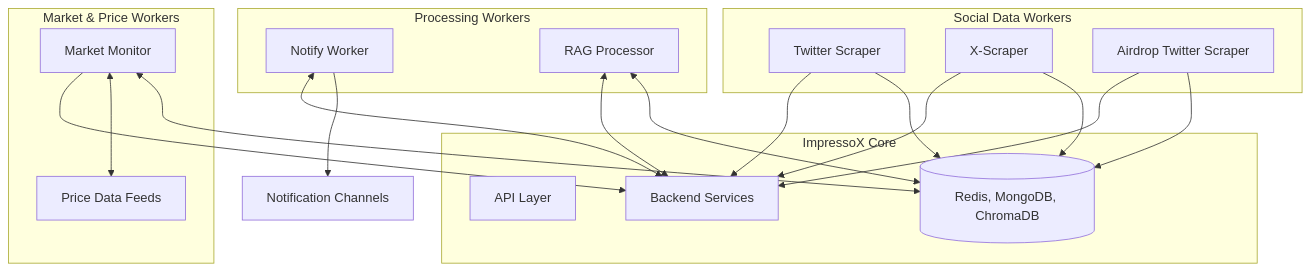
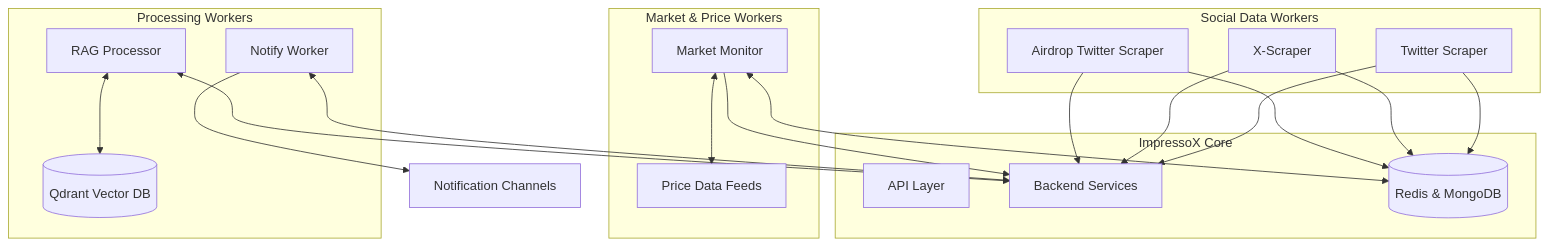
The diagram in docs/workers/README.md (impressox/impressox-agent), drawn with Mermaid before and after one commit. The commit also changed other lines of this file and 2 other files, not shown here.

````diff
--- a/docs/workers/README.md
+++ b/docs/workers/README.md
@@ -7,41 +7,42 @@
 ```mermaid
 graph TD
     subgraph "ImpressoX Core"
         API[API Layer]
         Backend[Backend Services]
-        Databases[(Redis, MongoDB, ChromaDB)]
+        Databases[(Redis & MongoDB)]
     end
 
     subgraph "Market & Price Workers"
         MarketMonitor[Market Monitor]
         PriceFeeds[Price Data Feeds]
     end
 
     subgraph "Social Data Workers"
         TwitterScraper[Twitter Scraper]
         XScraper[X-Scraper]
         AirdropScraper[Airdrop Twitter Scraper]
     end
 
     subgraph "Processing Workers"
         NotifyWorker[Notify Worker]
         RAGProcessor[RAG Processor]
+        Qdrant[(Qdrant Vector DB)]
     end
 
     MarketMonitor --> Backend
     MarketMonitor <--> PriceFeeds
     MarketMonitor <--> Databases
 
     TwitterScraper --> Backend
     XScraper --> Backend
     AirdropScraper --> Backend
     TwitterScraper --> Databases
     XScraper --> Databases
     AirdropScraper --> Databases
 
     NotifyWorker <--> Backend
     NotifyWorker --> Clients[Notification Channels]
     
     RAGProcessor <--> Backend
-    RAGProcessor <--> Databases
+    RAGProcessor <--> Qdrant
 ```
````
